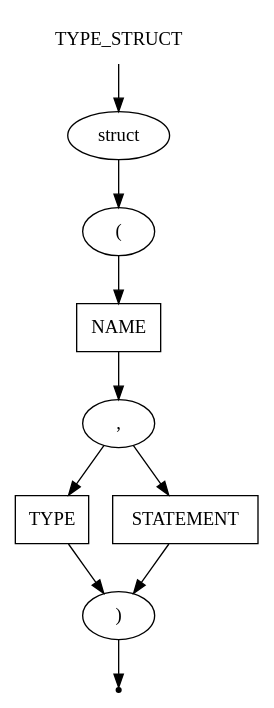
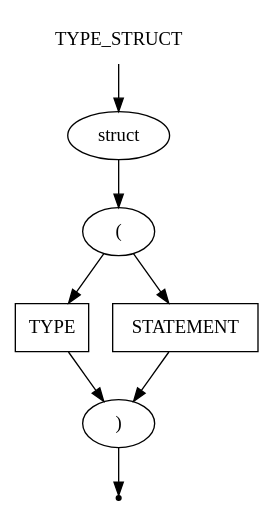
One commit to IMZolin/PSAD changed the diagram in src/PSADParser/grammar/type_struct.gv. Above: the diagram before and after it, drawn with Graphviz. The commit also changed 10 other files, not shown here.

```diff
--- a/src/PSADParser/grammar/type_struct.gv
+++ b/src/PSADParser/grammar/type_struct.gv
@@ -1,21 +1,17 @@
 digraph TYPE_STRUCT{
     start [label=TYPE_STRUCT shape=plaintext]
     struct [label=struct shape=oval]
     open [label="(" shape=oval]
-    name [label=NAME shape=box]
     type [label=TYPE shape=box]
     statement [label=STATEMENT shape=box]
     close [label=")" shape=oval]
-    comma [label="," shape=oval]
     end [label="" shape=point]
 
     start -> struct
     struct -> open
-    open -> name
-    name -> comma
-    comma -> type
-    comma -> statement
+    open -> type
+    open -> statement
     type -> close
     statement -> close
     close -> end
 }
```
